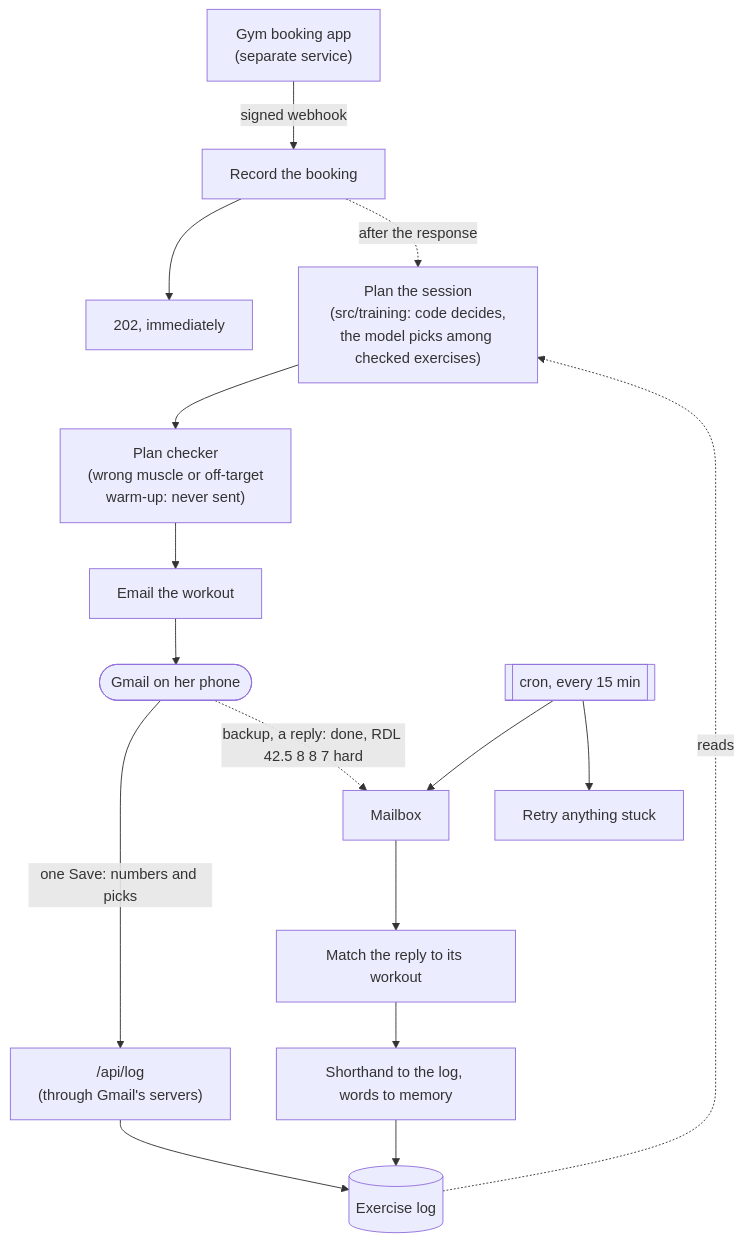
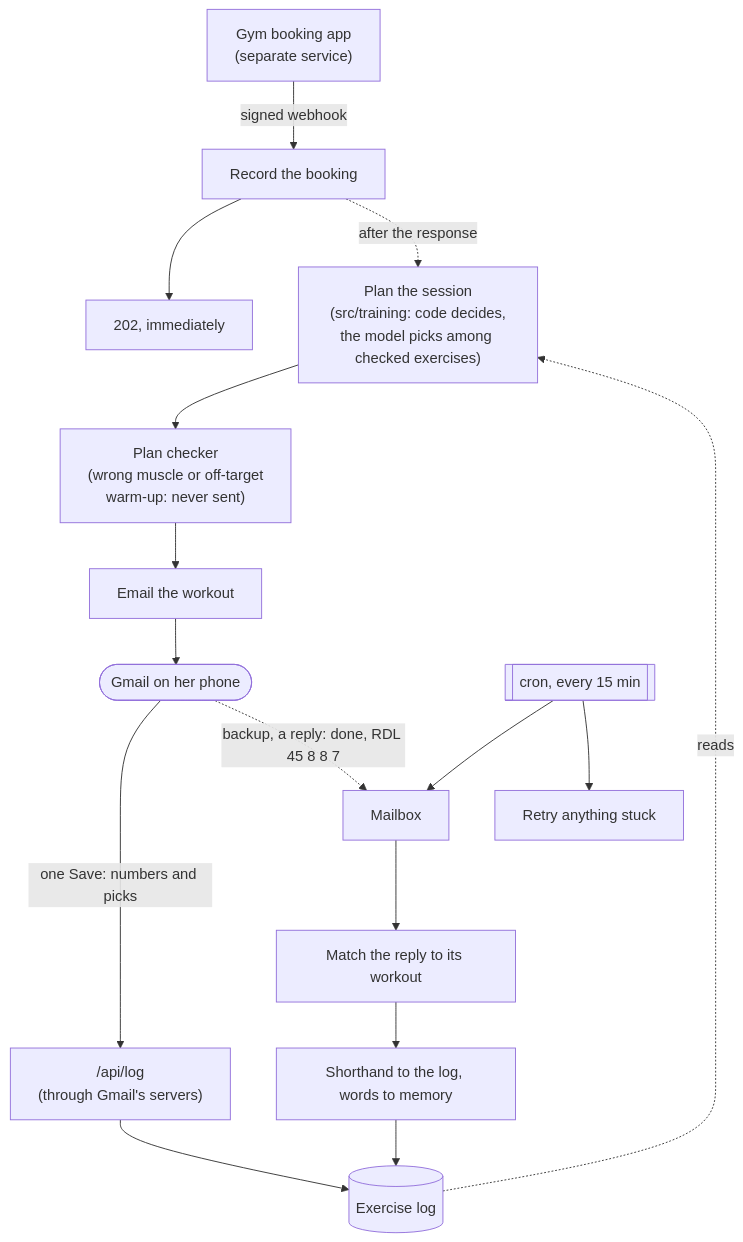
The diagram in README.md (604annabelle-maker/workout-loop), drawn with Mermaid before and after one commit. The commit also changed other lines of this file and 17 other files, not shown here.

````diff
--- a/README.md
+++ b/README.md
@@ -7,18 +8,18 @@
 ```mermaid
 flowchart TD
     A["Gym booking app<br/>(separate service)"] -->|signed webhook| B[Record the booking]
     B --> C[202, immediately]
     B -.after the response.-> D["Plan the session<br/>(src/training: code decides,<br/>the model picks among checked exercises)"]
     D --> E["Plan checker<br/>(wrong muscle or off-target<br/>warm-up: never sent)"]
     E --> F[Email the workout]
     F --> G([Gmail on her phone])
     G -->|"one Save: numbers and picks"| T["/api/log<br/>(through Gmail's servers)"]
     T --> M[(Exercise log)]
-    G -.->|"backup, a reply: done, RDL 42.5 8 8 7 hard"| H[Mailbox]
+    G -.->|"backup, a reply: done, RDL 45 8 8 7"| H[Mailbox]
     I[["cron, every 15 min"]] --> H
     I --> J[Retry anything stuck]
     H --> K[Match the reply to its workout]
     K --> L[Shorthand to the log, words to memory]
     L --> M
     M -.reads.-> D
 ```
````
